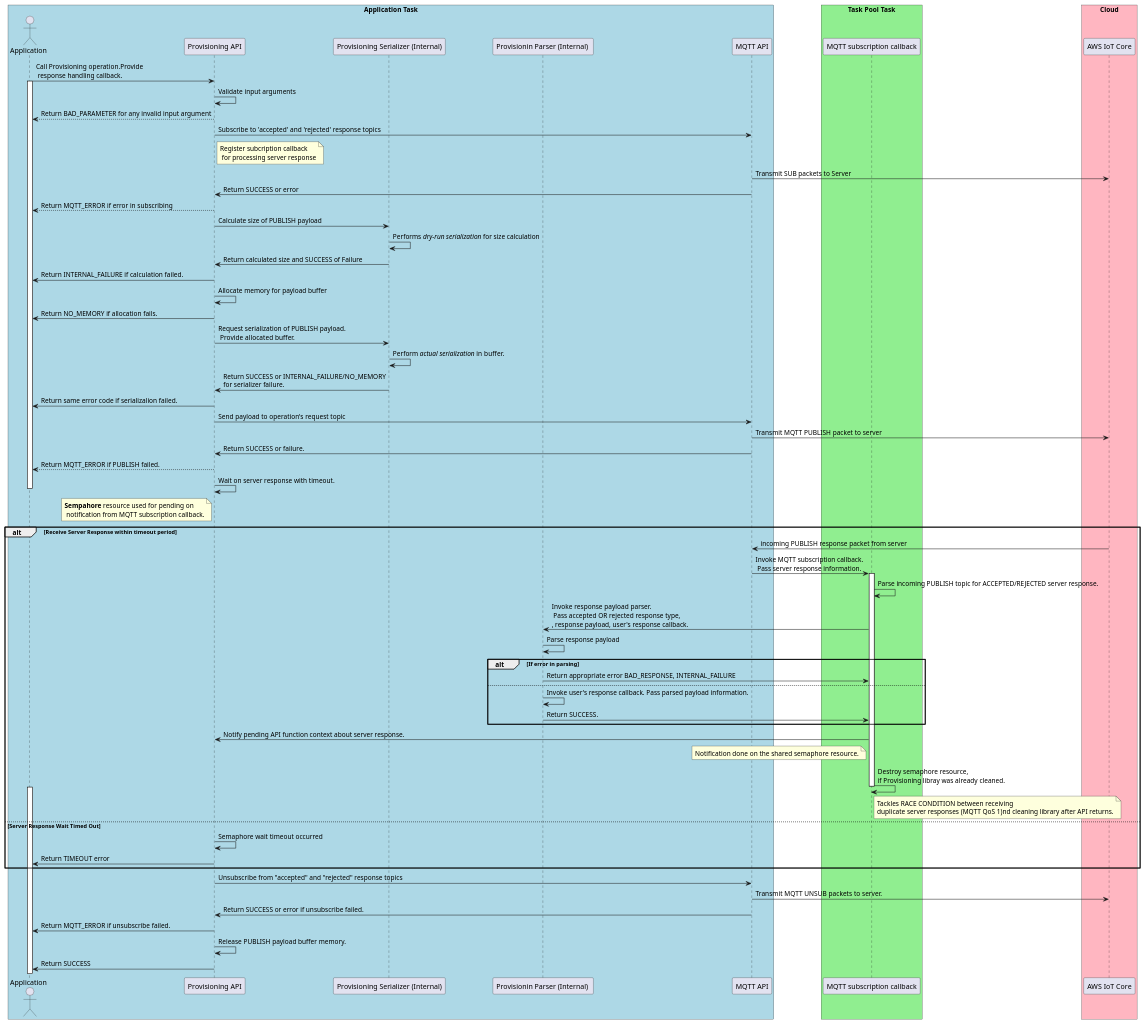
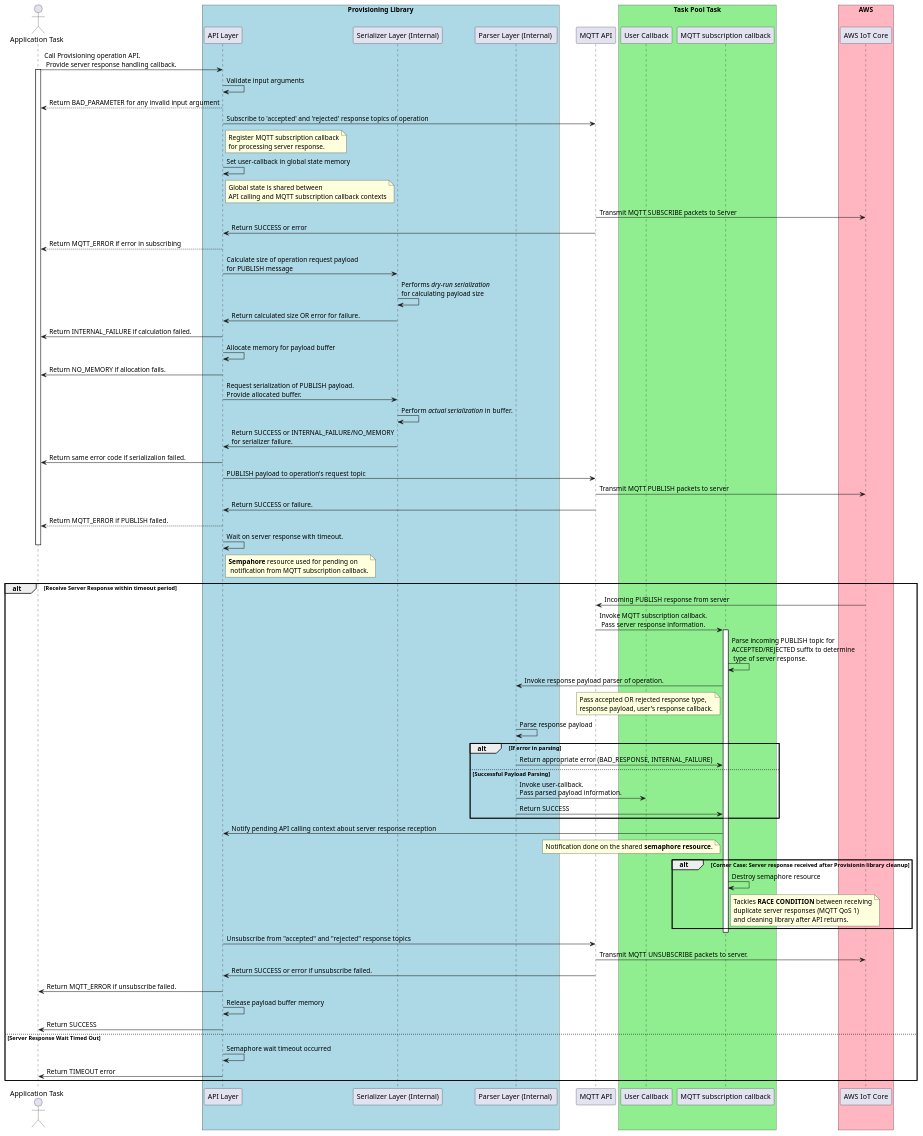
The diagram in doc/plantuml/provisioning_sync_operation_design.pu (aws/aws-iot-device-sdk-embedded-C), drawn with PlantUML before and after one commit.

Commit message:
Minor improvements to design diagram

```diff
--- a/doc/plantuml/provisioning_sync_operation_design.pu
+++ b/doc/plantuml/provisioning_sync_operation_design.pu
@@ -1,88 +1,98 @@
 @startuml
 skinparam classFontSize 8
 skinparam classFontName Helvetica
 
-box "Application Task" #LightBlue
-actor Application as app
-participant "Provisioning API" as provisioning
-participant "Provisioning Serializer (Internal)" as serializer
-participant "Provisionin Parser (Internal) " as parser
-participant "MQTT API" as mqtt
+actor "Application Task" as app
+
+box "Provisioning Library" #LightBlue
+participant "API Layer" as provisioning
+participant "Serializer Layer (Internal)" as serializer
+participant "Parser Layer (Internal) " as parser
 end box
 
+participant "MQTT API" as mqtt
+
 box "Task Pool Task" #LightGreen
+participant "User Callback" as userCallback
 participant "MQTT subscription callback" as callback
 end box
 
-box "Cloud" #LightPink
+box "AWS" #LightPink
 participant "AWS IoT Core" as aws
 end box
 
-app -> provisioning: Call Provisioning operation.Provide\n response handling callback.
+app -> provisioning: Call Provisioning operation API.\n Provide server response handling callback.
 activate app
 
 provisioning -> provisioning: Validate input arguments
 provisioning --> app: Return BAD_PARAMETER for any invalid input argument
 
-provisioning -> mqtt: Subscribe to 'accepted' and 'rejected' response topics
-note right of provisioning: Register subcription callback\n for processing server response
+provisioning -> mqtt: Subscribe to 'accepted' and 'rejected' response topics of operation
+note right of provisioning: Register MQTT subscription callback\nfor processing server response.
 
-mqtt -> aws: Transmit SUB packets to Server
+provisioning -> provisioning: Set user-callback in global state memory
+note right of provisioning: Global state is shared between\nAPI calling and MQTT subscription callback contexts
+
+mqtt -> aws: Transmit MQTT SUBSCRIBE packets to Server
 mqtt -> provisioning: Return SUCCESS or error
 provisioning --> app: Return MQTT_ERROR if error in subscribing
 
-provisioning -> serializer: Calculate size of PUBLISH payload
-serializer -> serializer: Performs <i>dry-run serialization</i> for size calculation
-serializer -> provisioning: Return calculated size and SUCCESS of Failure
+provisioning -> serializer: Calculate size of operation request payload\nfor PUBLISH message
+serializer -> serializer: Performs <i>dry-run serialization</i>\nfor calculating payload size
+serializer -> provisioning: Return calculated size OR error for failure.
 provisioning -> app: Return INTERNAL_FAILURE if calculation failed.
 
 provisioning -> provisioning: Allocate memory for payload buffer
 provisioning -> app: Return NO_MEMORY if allocation fails.
 
-provisioning -> serializer: Request serialization of PUBLISH payload.\n Provide allocated buffer.  
+provisioning -> serializer: Request serialization of PUBLISH payload. \nProvide allocated buffer.  
 serializer -> serializer: Perform <i>actual serialization</i> in buffer.
 serializer -> provisioning: Return SUCCESS or INTERNAL_FAILURE/NO_MEMORY\nfor serializer failure.
 provisioning -> app: Return same error code if serializalion failed.
 
-provisioning -> mqtt: Send payload to operation's request topic
-mqtt -> aws: Transmit MQTT PUBLISH packet to server
+provisioning -> mqtt: PUBLISH payload to operation's request topic
+mqtt -> aws: Transmit MQTT PUBLISH packets to server
 mqtt -> provisioning: Return SUCCESS or failure.
 provisioning --> app: Return MQTT_ERROR if PUBLISH failed.
 
 provisioning -> provisioning: Wait on server response with timeout.
-note left of provisioning: <b>Sempahore</b> resource used for pending on\n notification from MQTT subscription callback.
+note right of provisioning: <b>Sempahore</b> resource used for pending on\n notification from MQTT subscription callback.
 alt Receive Server Response within timeout period
 deactivate app
-aws -> mqtt : incoming PUBLISH response packet from server
+aws -> mqtt : Incoming PUBLISH response from server
 mqtt -> callback: Invoke MQTT subscription callback.\n Pass server response information.
 activate callback
-callback -> callback: Parse incoming PUBLISH topic for ACCEPTED/REJECTED server response.
-callback -> parser: Invoke response payload parser.\n Pass accepted OR rejected response type,\n, response payload, user's response callback.
+callback -> callback: Parse incoming PUBLISH topic for\nACCEPTED/REJECTED suffix to determine\n type of server response.
+callback -> parser: Invoke response payload parser of operation.
+note left of callback: Pass accepted OR rejected response type,\nresponse payload, user's response callback.
 parser -> parser: Parse response payload
 alt If error in parsing
-parser -> callback: Return appropriate error BAD_RESPONSE, INTERNAL_FAILURE
-else 
-parser -> parser: Invoke user's response callback. Pass parsed payload information.
-parser -> callback: Return SUCCESS.
+parser -> callback: Return appropriate error (BAD_RESPONSE, INTERNAL_FAILURE)
+else Successful Payload Parsing
+parser -> userCallback: Invoke user-callback.\nPass parsed payload information.
+parser -> callback: Return SUCCESS
 end alt
-callback -> provisioning: Notify pending API function context about server response.
-note left of callback: Notification done on the shared semaphore resource.
-callback -> callback: Destroy semaphore resource,\nif Provisioning libray was already cleaned.
-note right of callback: Tackles RACE CONDITION between receiving\nduplicate server responses (MQTT QoS 1)\and cleaning library after API returns.
+callback -> provisioning: Notify pending API calling context about server response reception
+note left of callback: Notification done on the shared <b>semaphore resource</b>.
+alt Corner Case: Server response received after Provisionin library cleanup
+callback -> callback: Destroy semaphore resource
+note right of callback: Tackles <b>RACE CONDITION</b> between receiving\nduplicate server responses (MQTT QoS 1)\nand cleaning library after API returns.
+end alt
 deactivate callback
 activate app
+
+provisioning -> mqtt: Unsubscribe from "accepted" and "rejected" response topics
+mqtt -> aws: Transmit MQTT UNSUBSCRIBE packets to server.
+mqtt -> provisioning: Return SUCCESS or error if unsubscribe failed.
+provisioning -> app: Return MQTT_ERROR if unsubscribe failed.
+
+provisioning -> provisioning: Release payload buffer memory
+provisioning -> app: Return SUCCESS
+
 else Server Response Wait Timed Out
 provisioning -> provisioning: Semaphore wait timeout occurred
 provisioning -> app: Return TIMEOUT error
 end alt
-
-provisioning -> mqtt: Unsubscribe from "accepted" and "rejected" response topics
-mqtt -> aws: Transmit MQTT UNSUB packets to server.
-mqtt -> provisioning: Return SUCCESS or error if unsubscribe failed.
-provisioning -> app: Return MQTT_ERROR if unsubscribe failed.
-
-provisioning -> provisioning: Release PUBLISH payload buffer memory.
-provisioning -> app: Return SUCCESS
-deactivate provisioning
+deactivate app
 
 @enduml
```
